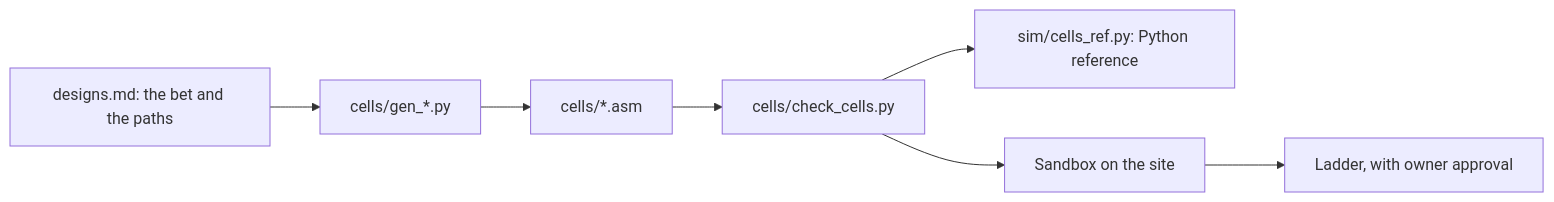
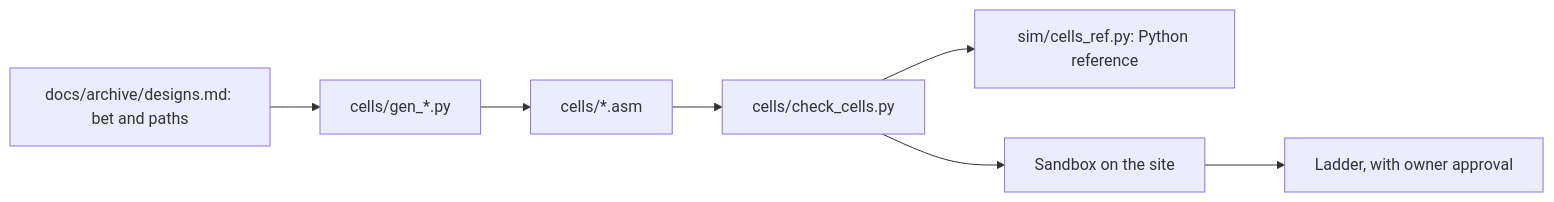
The first of 2 diagrams in architecture/cells-and-experiments.md (avarice-dev/AI-CellHack2), drawn with Mermaid before and after one commit. The commit also changed other lines of this file and 2 other files, not shown here.

Commit message:
docs: tighten README, overview, and cells-and-experiments

````diff
--- a/architecture/cells-and-experiments.md
+++ b/architecture/cells-and-experiments.md
@@ -7,9 +7,9 @@
 ```mermaid
 flowchart LR
-    D["designs.md: the bet and the paths"] --> G["cells/gen_*.py"]
+    D["docs/archive/designs.md: bet and paths"] --> G["cells/gen_*.py"]
     G --> A["cells/*.asm"]
     A --> K["cells/check_cells.py"]
     K --> R["sim/cells_ref.py: Python reference"]
     K --> SB["Sandbox on the site"]
     SB --> L["Ladder, with owner approval"]
 ```
````
